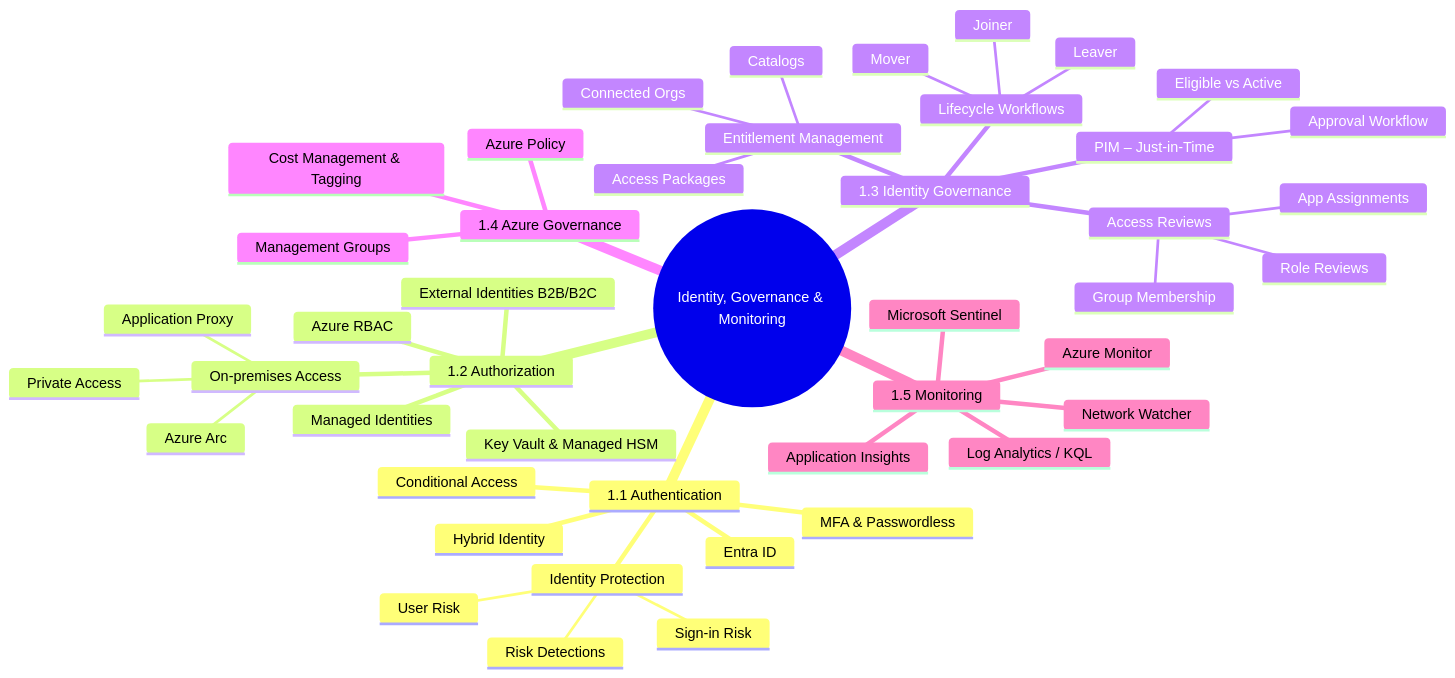
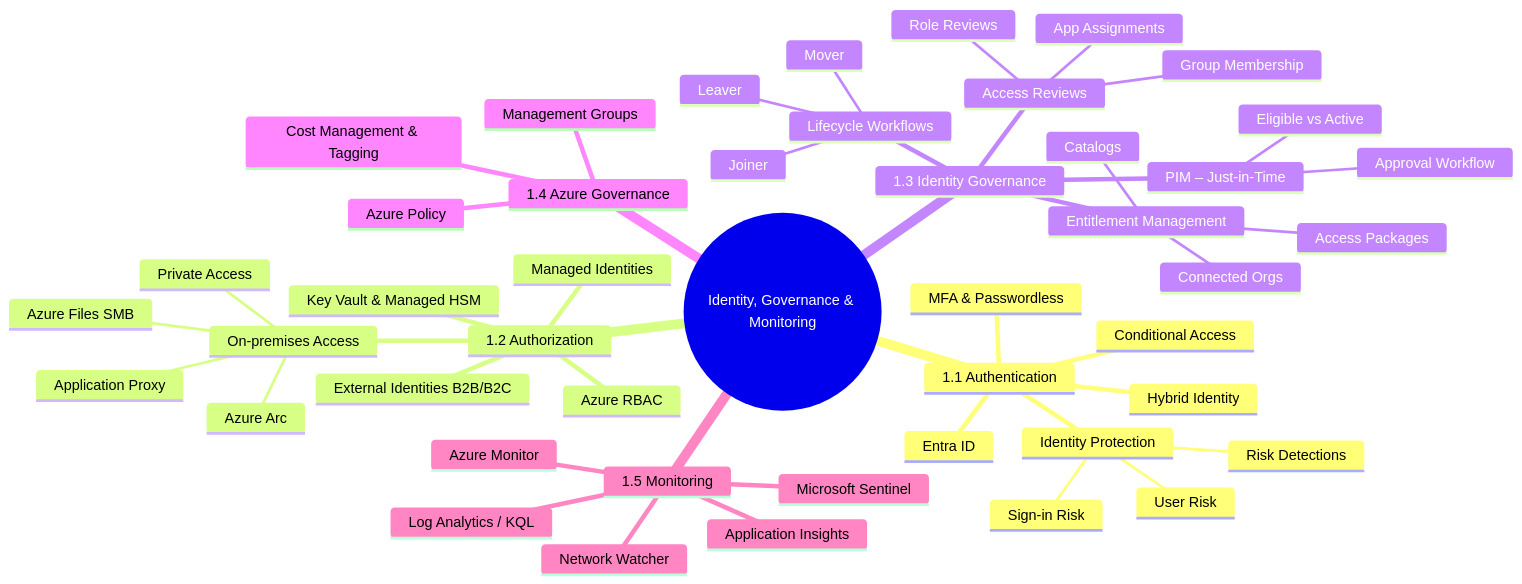
The first of 18 diagrams in 01-identity-governance-monitoring.md (marcogrimaldi29/az-305-study-notes), drawn with Mermaid before and after one commit. The commit also changed other lines of this file and 2 other files, not shown here.

````diff
--- a/01-identity-governance-monitoring.md
+++ b/01-identity-governance-monitoring.md
@@ -18,48 +18,49 @@
 ```mermaid
 mindmap
   root((Identity, Governance & Monitoring))
     1.1 Authentication
       Entra ID
       Hybrid Identity
       MFA & Passwordless
       Conditional Access
       Identity Protection
         User Risk
         Sign-in Risk
         Risk Detections
     1.2 Authorization
       Azure RBAC
       Managed Identities
       External Identities B2B/B2C
       Key Vault & Managed HSM
       On-premises Access
         Application Proxy
         Private Access
         Azure Arc
+        Azure Files SMB
     1.3 Identity Governance
       PIM – Just-in-Time
         Eligible vs Active
         Approval Workflow
       Access Reviews
         Group Membership
         App Assignments
         Role Reviews
       Entitlement Management
         Catalogs
         Access Packages
         Connected Orgs
       Lifecycle Workflows
         Joiner
         Mover
         Leaver
     1.4 Azure Governance
       Management Groups
       Azure Policy
       Cost Management & Tagging
     1.5 Monitoring
       Azure Monitor
       Log Analytics / KQL
       Application Insights
       Microsoft Sentinel
       Network Watcher
 ```
````
